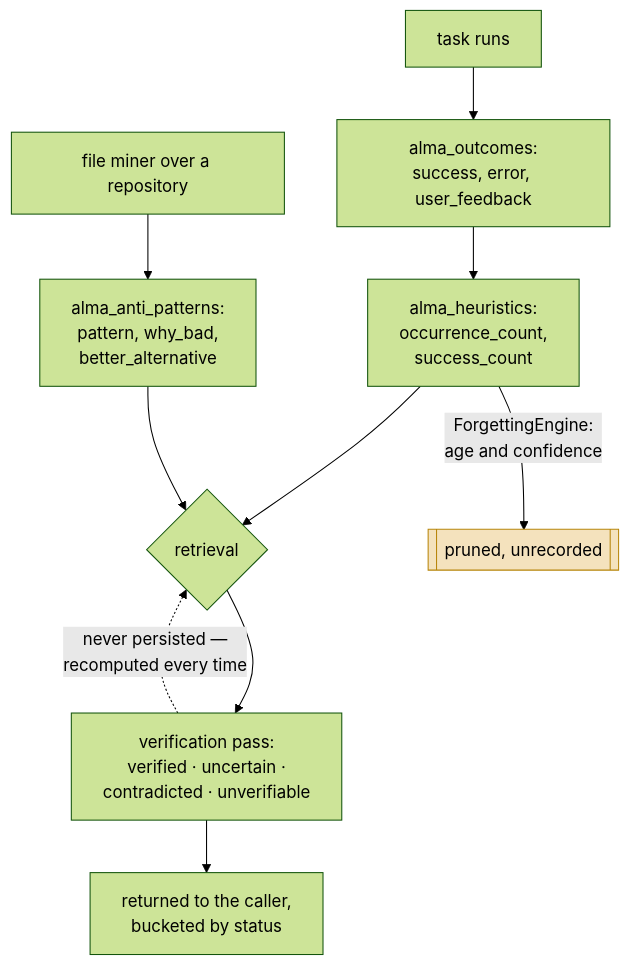
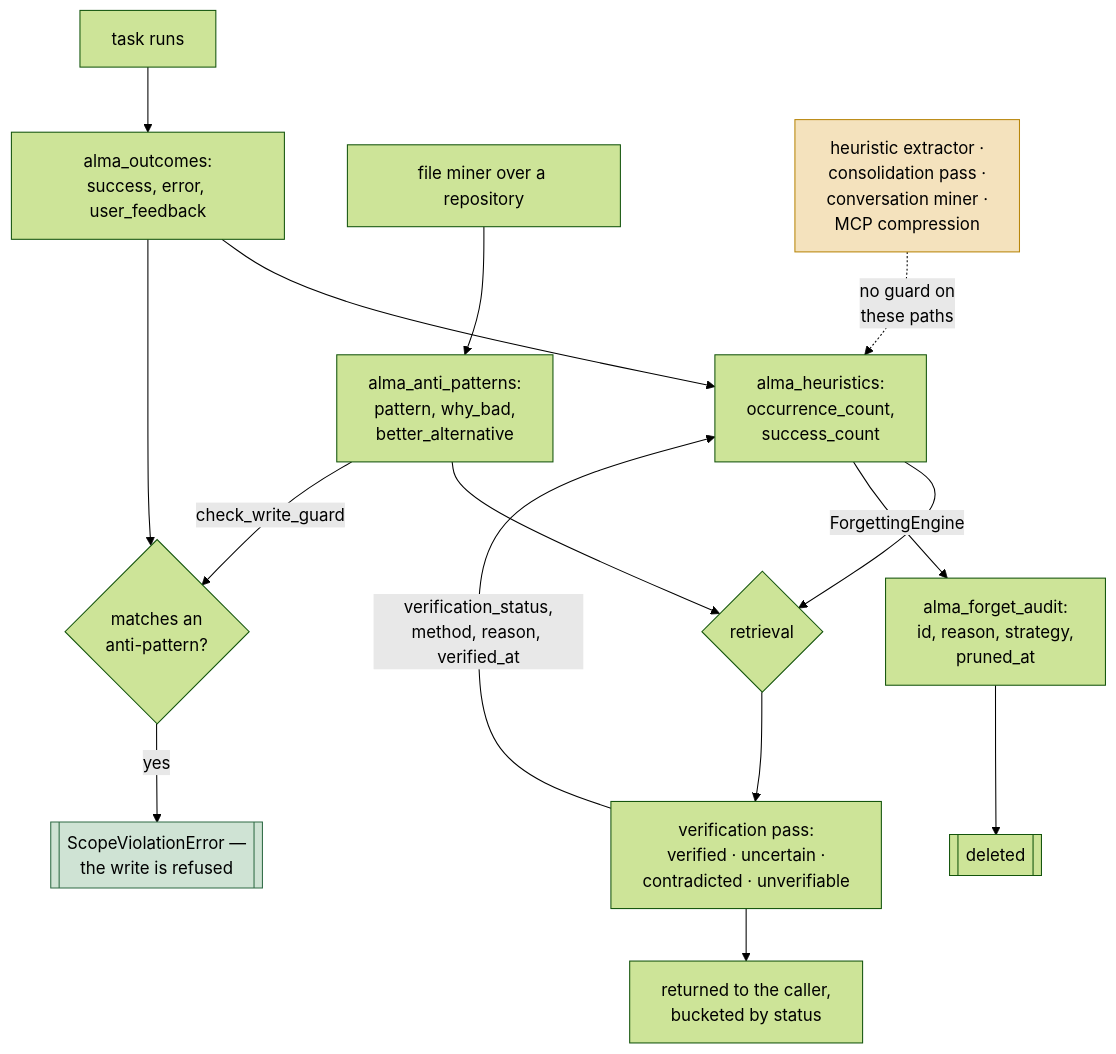
The diagram in content/systems/alma-memory.md (neoneye/agent-memory-atlas), drawn with Mermaid (forest theme) before and after one commit. The commit also changed other lines of this file and 163 other files, not shown here.

First line of the commit message:
Re-read ALMA at e2178ad4: the guard exists and covers one door of six

````diff
--- a/content/systems/alma-memory.md
+++ b/content/systems/alma-memory.md
@@ -82,14 +124,20 @@
 ```mermaid
 flowchart TD
     T["task runs"] --> O["alma_outcomes:<br/>success, error, user_feedback"]
     O --> H["alma_heuristics:<br/>occurrence_count,<br/>success_count"]
     F["file miner over a repository"] --> AP["alma_anti_patterns:<br/>pattern, why_bad,<br/>better_alternative"]
     H --> R{"retrieval"}
     AP --> R
     R --> V["verification pass:<br/>verified · uncertain ·<br/>contradicted · unverifiable"]
     V --> RET["returned to the caller,<br/>bucketed by status"]
-    V -.->|"never persisted —<br/>recomputed every time"| R
-    H -->|"ForgettingEngine:<br/>age and confidence"| P[["pruned, unrecorded"]]
+    V -->|"verification_status,<br/>method, reason, verified_at"| H
+    AP -->|"check_write_guard"| G{"matches an<br/>anti-pattern?"}
+    O --> G
+    G -->|yes| REF[["ScopeViolationError —<br/>the write is refused"]]
+    X["heuristic extractor ·<br/>consolidation pass ·<br/>conversation miner ·<br/>MCP compression"] -.->|"no guard on<br/>these paths"| H
+    H -->|"ForgettingEngine"| A["alma_forget_audit:<br/>id, reason, strategy,<br/>pruned_at"]
+    A --> P[["deleted"]]
 
-    style P fill:#f4e2bd,stroke:#b8860b
+    style REF fill:#cfe3d4,stroke:#2f6b45
+    style X fill:#f4e2bd,stroke:#b8860b
 ```
````
